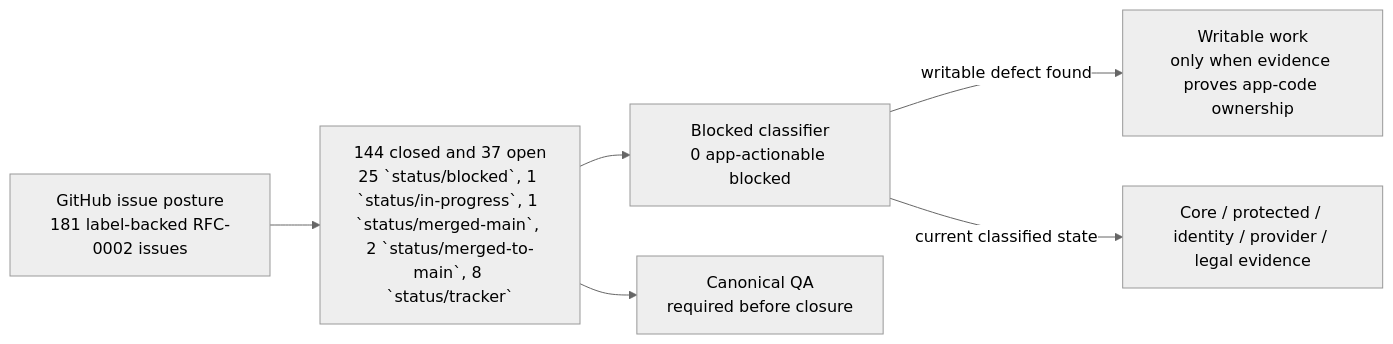
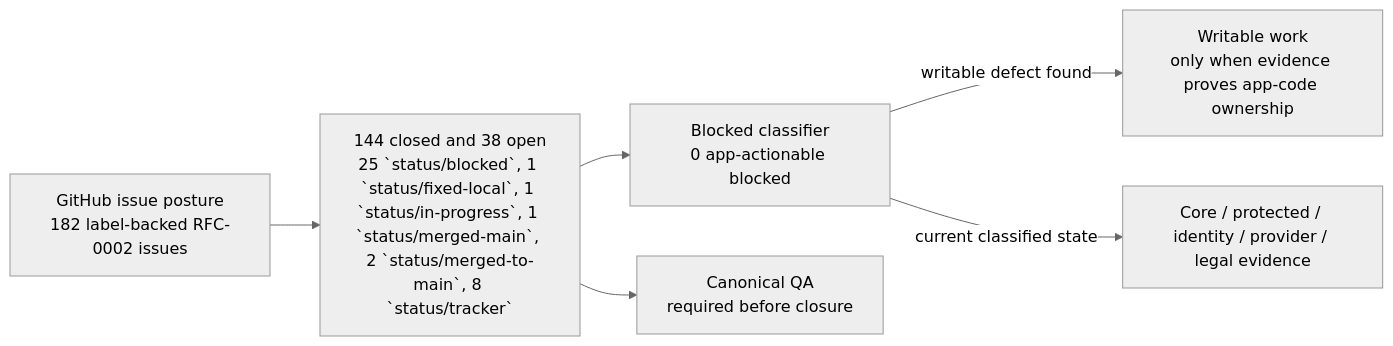
One commit to sgajbi/lotus-idea changed the first of 2 diagrams in wiki/RFC-0002-Execution-Status.md. Above: the diagram before and after it, drawn with Mermaid (neutral theme). The commit also changed other lines of this file and 14 other files, not shown here.

````diff
--- a/wiki/RFC-0002-Execution-Status.md
+++ b/wiki/RFC-0002-Execution-Status.md
@@ -39,15 +39,15 @@
 ```mermaid
 flowchart LR
-    Issues["GitHub issue posture<br/>181 label-backed RFC-0002 issues"]
-    Open["144 closed and 37 open<br/>25 `status/blocked`, 1 `status/in-progress`, 1 `status/merged-main`, 2 `status/merged-to-main`, 8 `status/tracker`"]
+    Issues["GitHub issue posture<br/>182 label-backed RFC-0002 issues"]
+    Open["144 closed and 38 open<br/>25 `status/blocked`, 1 `status/fixed-local`, 1 `status/in-progress`, 1 `status/merged-main`, 2 `status/merged-to-main`, 8 `status/tracker`"]
     Blocked["Blocked classifier<br/>0 app-actionable blocked"]
     Work["Writable work<br/>only when evidence proves app-code ownership"]
     External["Core / protected / identity / provider / legal evidence"]
     QA["Canonical QA<br/>required before closure"]
 
     Issues --> Open
     Open --> Blocked
     Blocked -->|"writable defect found"| Work
     Blocked -->|"current classified state"| External
     Open --> QA
 ```
````
